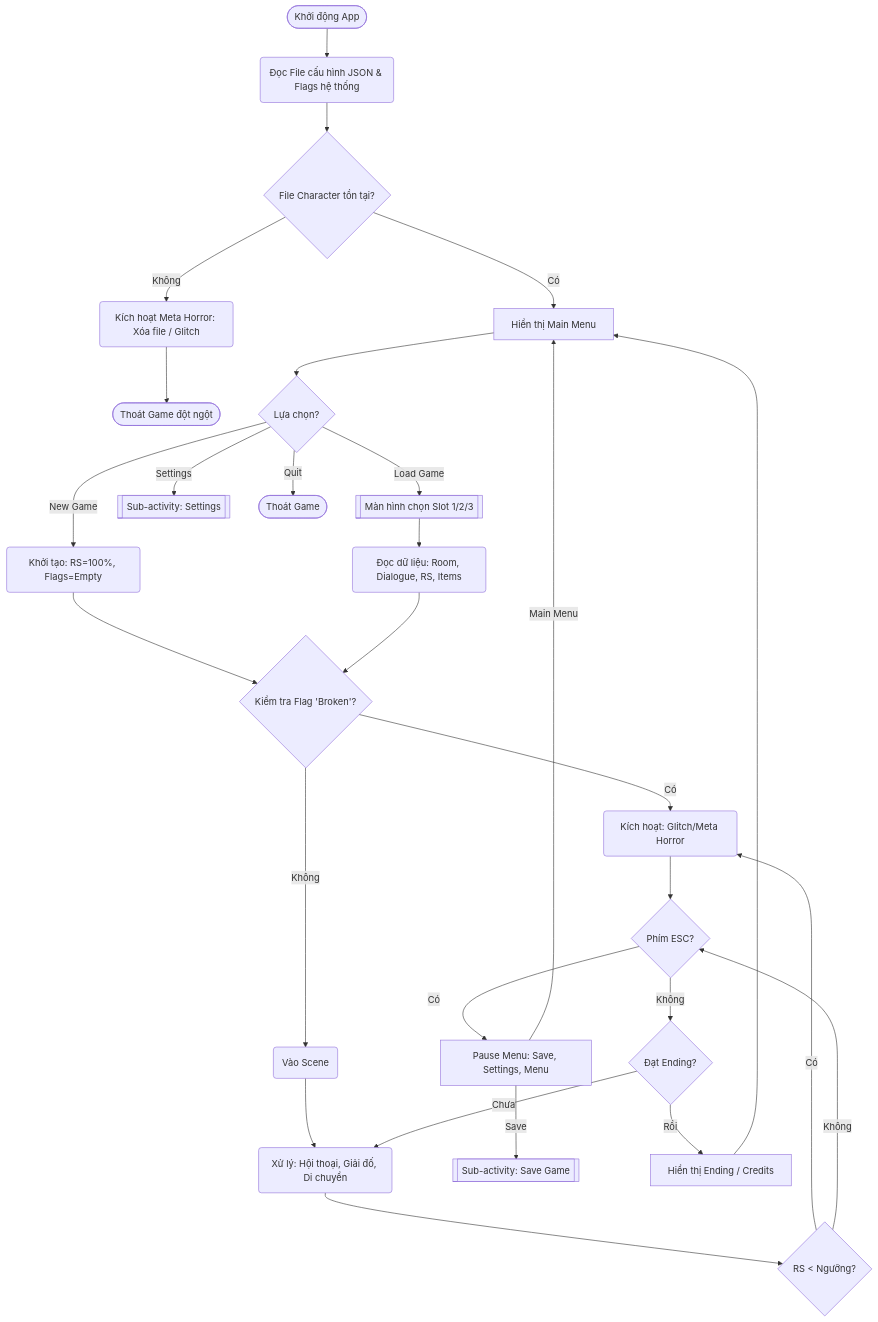
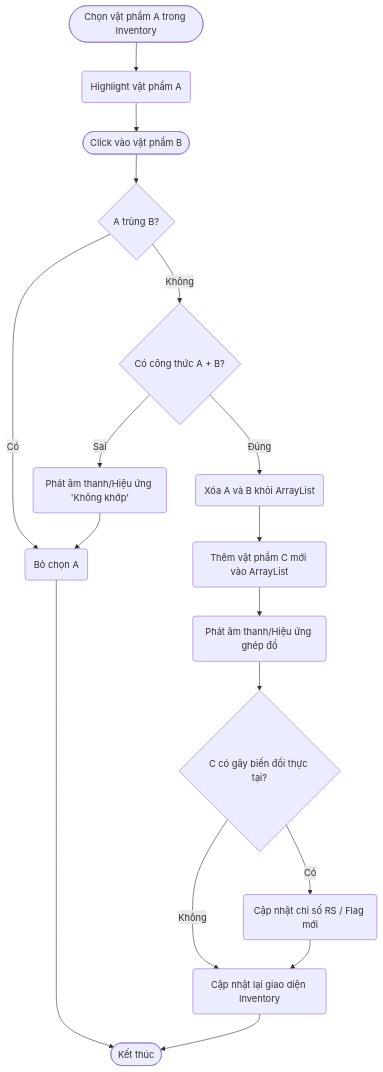
Before and after one commit to trieuwu/Gnivol: the sixth of 6 diagrams in UML/Sequence.md, drawn with Mermaid. The commit also changed other lines of this file and 4 other files, not shown here.

Commit message:
update inventory uml

````diff
--- a/UML/Sequence.md
+++ b/UML/Sequence.md
@@ -93,47 +116,27 @@
 ```mermaid
 flowchart TD
-    Start([Khởi động App]) --> ReadData(Đọc File cấu hình JSON & Flags hệ thống)
-    ReadData --> IntegrityCheck{File Character tồn tại?}
-
-%% Nhánh Meta Horror ngay đầu game
-    IntegrityCheck -- "Không" --> MetaJumpscare(Kích hoạt Meta Horror: Xóa file / Glitch)
-    MetaJumpscare --> EndMeta([Thoát Game đột ngột])
-
-%% Nhánh bình thường
-    IntegrityCheck -- "Có" --> MainMenu["Hiển thị Main Menu"]
-
-    MainMenu --> MainChoice{Lựa chọn?}
-
-    MainChoice -- "New Game" --> InitGame(Khởi tạo: RS=100%, Flags=Empty)
-    MainChoice -- "Load Game" --> LoadScreen[[Màn hình chọn Slot 1/2/3]]
-    MainChoice -- "Settings" --> Settings[[Sub-activity: Settings]]
-    MainChoice -- "Quit" --> Exit([Thoát Game])
-
-    LoadScreen --> RestoreState(Đọc dữ liệu: Room, Dialogue, RS, Items)
-
-%% Kiểm tra Flag sau khi Load (Đề phòng người chơi gian lận hoặc File bị hỏng)
-    InitGame --> PreCheck{Kiểm tra Flag 'Broken'?}
-    RestoreState --> PreCheck
-
-    PreCheck -- "Có" --> MetaEvent
-    PreCheck -- "Không" --> EnterScene(Vào Scene)
-
-%% Vòng lặp Gameplay
-    EnterScene --> PlayLoop(Xử lý: Hội thoại, Giải đố, Di chuyển)
-    PlayLoop --> RSMonitor{RS < Ngưỡng?}
-
-    RSMonitor -- "Có" --> MetaEvent(Kích hoạt: Glitch/Meta Horror)
-    RSMonitor -- "Không" --> InputCheck{Phím ESC?}
-
-    MetaEvent --> InputCheck
-
-    InputCheck -- "Có" --> PauseMenu["Pause Menu: Save, Settings, Menu"]
-    InputCheck -- "Không" --> EndLogic{Đạt Ending?}
-
-    PauseMenu -- "Save" --> SaveSys[[Sub-activity: Save Game]]
-    PauseMenu -- "Main Menu" --> MainMenu
-
-    EndLogic -- "Chưa" --> PlayLoop
-    EndLogic -- "Rồi" --> EndingScreen[Hiển thị Ending / Credits]
-    EndingScreen --> MainMenu
+    Start([Chọn vật phẩm A trong Inventory]) --> Highlight(Highlight vật phẩm A)
+    Highlight --> SelectB([Click vào vật phẩm B])
+    
+    SelectB --> SameCheck{A trùng B?}
+    SameCheck -- "Có" --> Deselect(Bỏ chọn A)
+    Deselect --> End([Kết thúc])
+    
+    SameCheck -- "Không" --> RecipeCheck{Có công thức A + B?}
+    
+    %% Nhánh thất bại
+    RecipeCheck -- "Sai" --> FailAnim(Phát âm thanh/Hiệu ứng 'Không khớp')
+    FailAnim --> Deselect
+    
+    %% Nhánh thành công
+    RecipeCheck -- "Đúng" --> MergeAction(Xóa A và B khỏi ArrayList)
+    MergeAction --> CreateNew(Thêm vật phẩm C mới vào ArrayList)
+    CreateNew --> PlaySuccess(Phát âm thanh/Hiệu ứng ghép đồ)
+    PlaySuccess --> RSCheck{C có gây biến đổi thực tại?}
+    
+    RSCheck -- "Có" --> UpdateRS(Cập nhật chỉ số RS / Flag mới)
+    RSCheck -- "Không" --> RefreshUI(Cập nhật lại giao diện Inventory)
+    
+    UpdateRS --> RefreshUI
+    RefreshUI --> End
 ```
````
